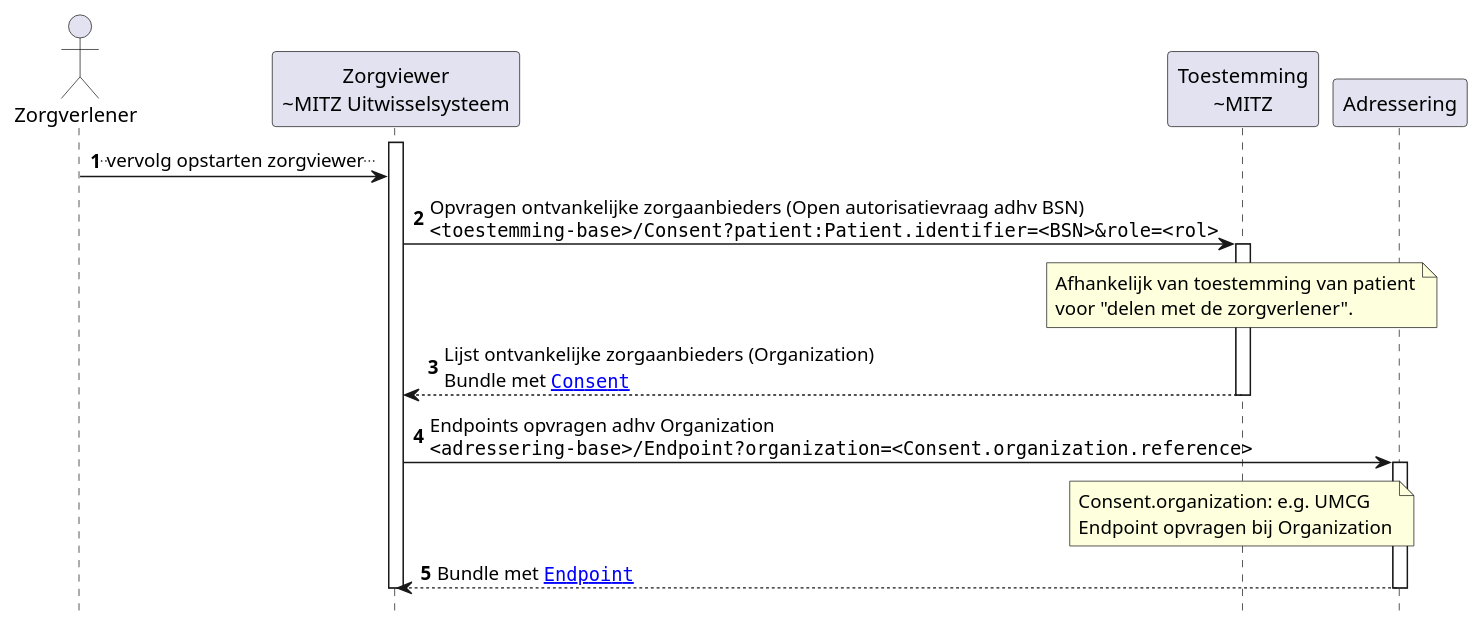
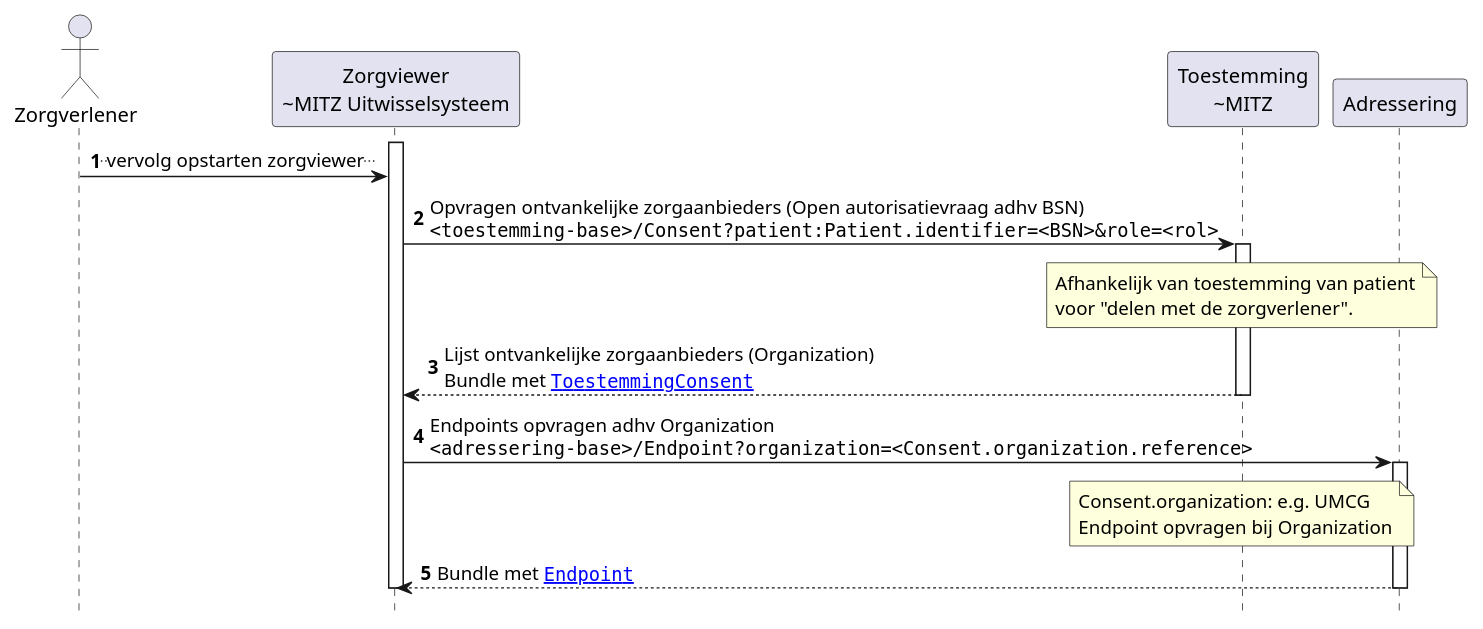
The diagram in input/images-source/Zorgviewer-seq-2.plantuml (RIVO-Noord/zorgviewer-ig), drawn with PlantUML before and after one commit. The commit also changed 2 other files, not shown here.

```diff
--- a/input/images-source/Zorgviewer-seq-2.plantuml
+++ b/input/images-source/Zorgviewer-seq-2.plantuml
@@ -1,29 +1,29 @@
 @startuml
 hide footbox
 autonumber
 
 actor Zorgverlener
 participant "Zorgviewer\n~MITZ Uitwisselsysteem" as Zorgviewer
 participant "Toestemming\n~MITZ" as Toestemming
 participant Adressering
 
 activate Zorgviewer
 Zorgverlener->Zorgviewer: ..vervolg opstarten zorgviewer..
 Zorgviewer->Toestemming: Opvragen ontvankelijke zorgaanbieders (Open autorisatievraag adhv BSN)\n""<toestemming-base>/Consent?patient:Patient.identifier=<BSN>&role=<rol>""
 note over Toestemming: Afhankelijk van toestemming van patient\nvoor "delen met de zorgverlener".
 activate Toestemming
-Toestemming-->Zorgviewer: Lijst ontvankelijke zorgaanbieders (Organization)\nBundle met ""[[StructureDefinition-Consent.html Consent]]""
+Toestemming-->Zorgviewer: Lijst ontvankelijke zorgaanbieders (Organization)\nBundle met ""[[StructureDefinition-ToestemmingConsent.html ToestemmingConsent]]""
 deactivate Toestemming
 
 Zorgviewer->Adressering: Endpoints opvragen adhv Organization\n""<adressering-base>/Endpoint?organization=<Consent.organization.reference>""
 note over Toestemming
   Consent.organization: e.g. UMCG
   Endpoint opvragen bij Organization
 end note
 activate Adressering
 Adressering-->Zorgviewer: Bundle met ""[[StructureDefinition-Endpoint.html Endpoint]]""
 deactivate Adressering
 
 deactivate Zorgviewer
 
 @enduml
```
